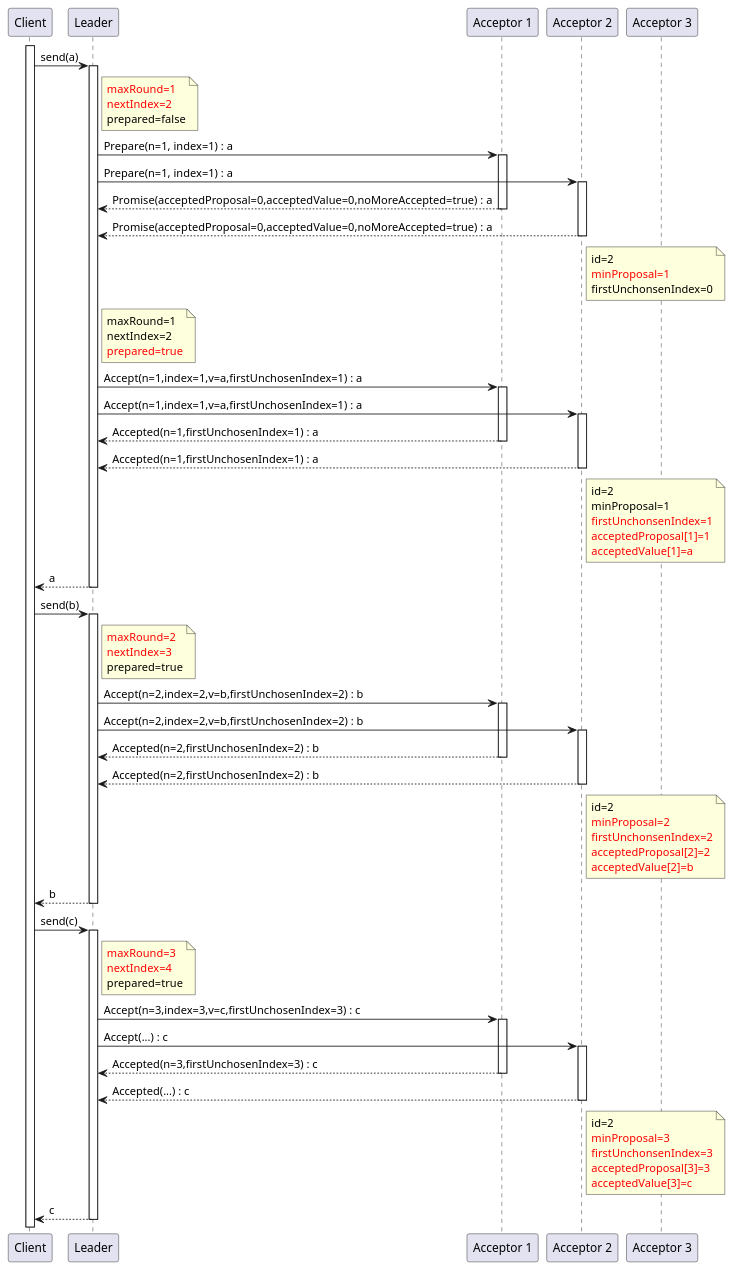
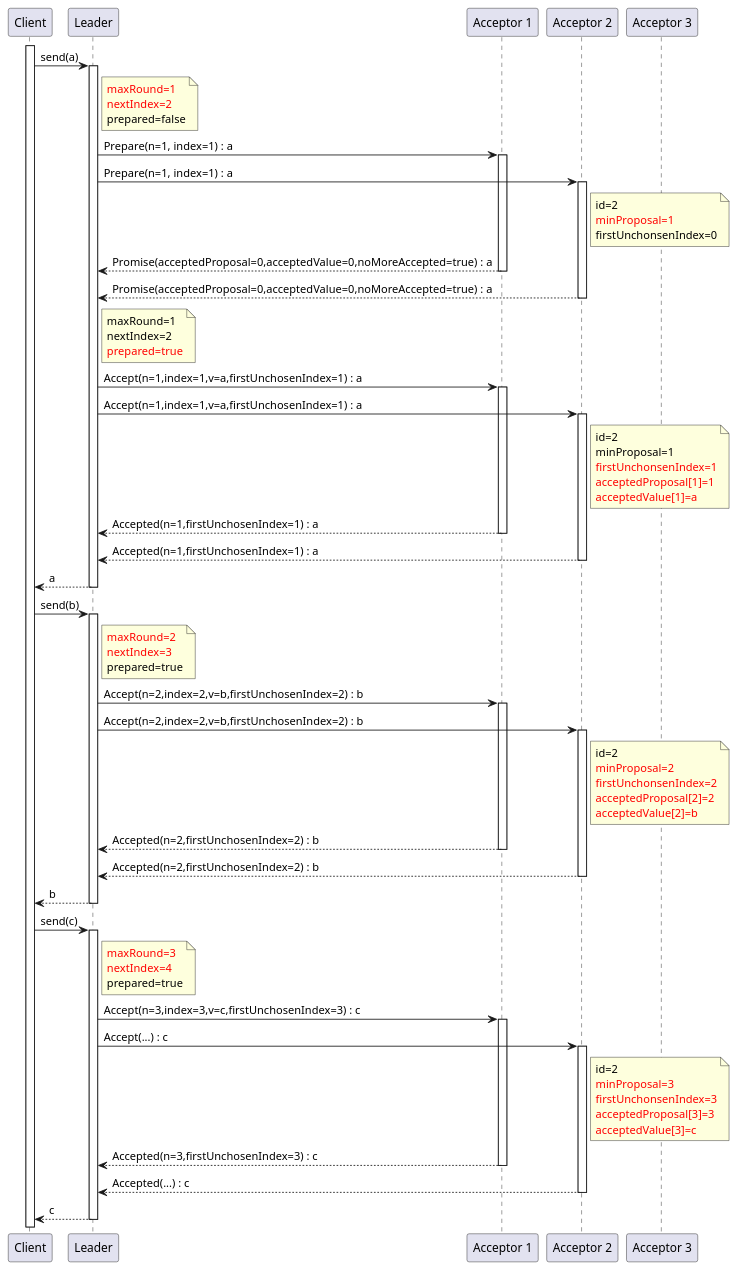
The first of 3 diagrams in src/pages/posts/distribution-paxos-multi.adoc (nocnob/notfound), drawn with PlantUML before and after one commit. The commit also changed other lines of this file, not shown here.

```diff
--- a/src/pages/posts/distribution-paxos-multi.adoc
+++ b/src/pages/posts/distribution-paxos-multi.adoc
@@ -28,21 +28,21 @@
     activate a1
     l -> a2 : Prepare(n=1, index=1) : a
     activate a2
+    note right a2
+        id=2
+        <font color=red>minProposal=1
+        firstUnchonsenIndex=0
+    end note
     l <-- a1 : Promise(acceptedProposal=0,acceptedValue=0,noMoreAccepted=true) : a
     deactivate a1
     l <-- a2 : Promise(acceptedProposal=0,acceptedValue=0,noMoreAccepted=true) : a
     deactivate a2
-    note right a2: id=2\n<font color=red>minProposal=1\nfirstUnchonsenIndex=0
     note right l: maxRound=1\nnextIndex=2\n<font color=red>prepared=true
 
     l -> a1 : Accept(n=1,index=1,v=a,firstUnchosenIndex=1) : a
     activate a1
     l -> a2 : Accept(n=1,index=1,v=a,firstUnchosenIndex=1) : a
     activate a2
-    l <-- a1 : Accepted(n=1,firstUnchosenIndex=1) : a
-    deactivate a1
-    l <-- a2 : Accepted(n=1,firstUnchosenIndex=1) : a
-    deactivate a2
     note right a2
         id=2
         minProposal=1
@@ -50,6 +50,10 @@
         <font color=red>acceptedProposal[1]=1
         <font color=red>acceptedValue[1]=a
     end note
+    l <-- a1 : Accepted(n=1,firstUnchosenIndex=1) : a
+    deactivate a1
+    l <-- a2 : Accepted(n=1,firstUnchosenIndex=1) : a
+    deactivate a2
 c <-- l : a
 deactivate l
 
@@ -60,10 +64,6 @@
     activate a1
     l -> a2 : Accept(n=2,index=2,v=b,firstUnchosenIndex=2) : b
     activate a2
-    l <-- a1 : Accepted(n=2,firstUnchosenIndex=2) : b
-    deactivate a1
-    l <-- a2 : Accepted(n=2,firstUnchosenIndex=2) : b
-    deactivate a2
     note right a2
         id=2
         <font color=red>minProposal=2
@@ -71,6 +71,10 @@
         <font color=red>acceptedProposal[2]=2
         <font color=red>acceptedValue[2]=b
     end note
+    l <-- a1 : Accepted(n=2,firstUnchosenIndex=2) : b
+    deactivate a1
+    l <-- a2 : Accepted(n=2,firstUnchosenIndex=2) : b
+    deactivate a2
 
 c <-- l : b
 deactivate l
@@ -83,10 +87,6 @@
     activate a1
     l -> a2 : Accept(...) : c
     activate a2
-    l <-- a1 : Accepted(n=3,firstUnchosenIndex=3) : c
-    deactivate a1
-    l <-- a2 : Accepted(...) : c
-    deactivate a2
     note right a2
         id=2
         <font color=red>minProposal=3
@@ -94,6 +94,10 @@
         <font color=red>acceptedProposal[3]=3
         <font color=red>acceptedValue[3]=c
     end note
+    l <-- a1 : Accepted(n=3,firstUnchosenIndex=3) : c
+    deactivate a1
+    l <-- a2 : Accepted(...) : c
+    deactivate a2
 c <-- l : c
 deactivate l
 @enduml
```
